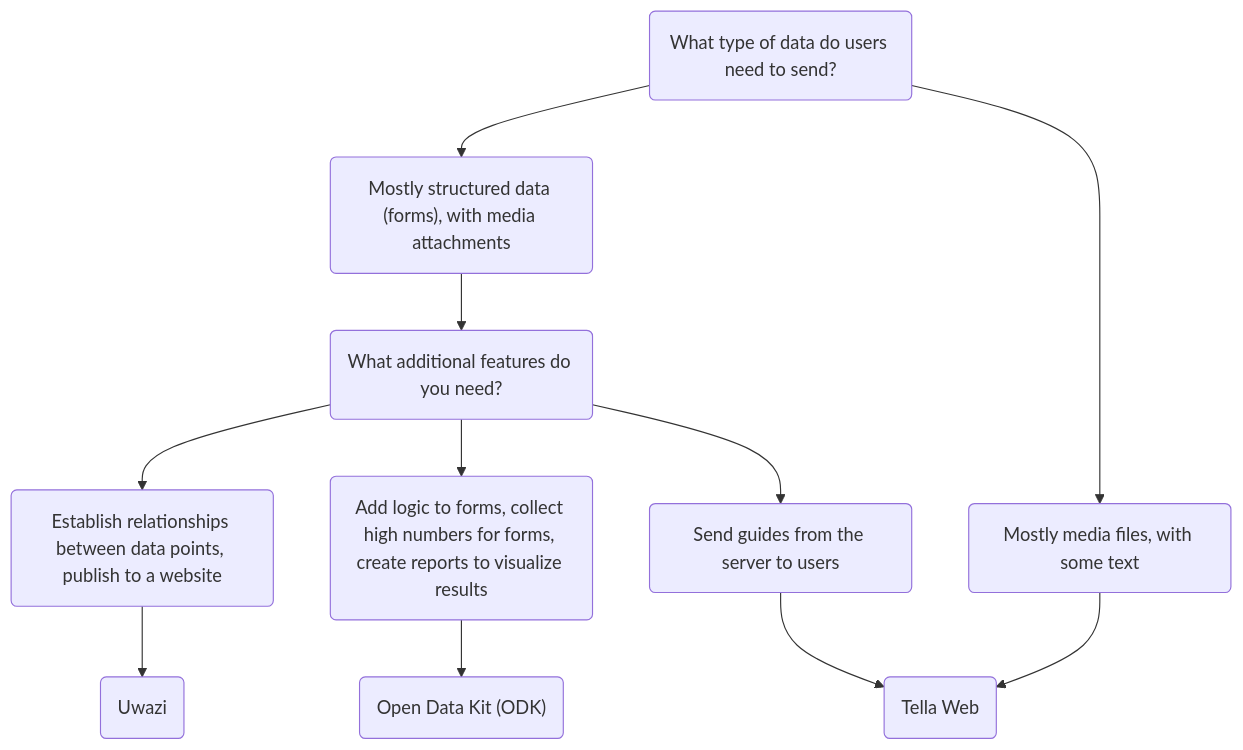
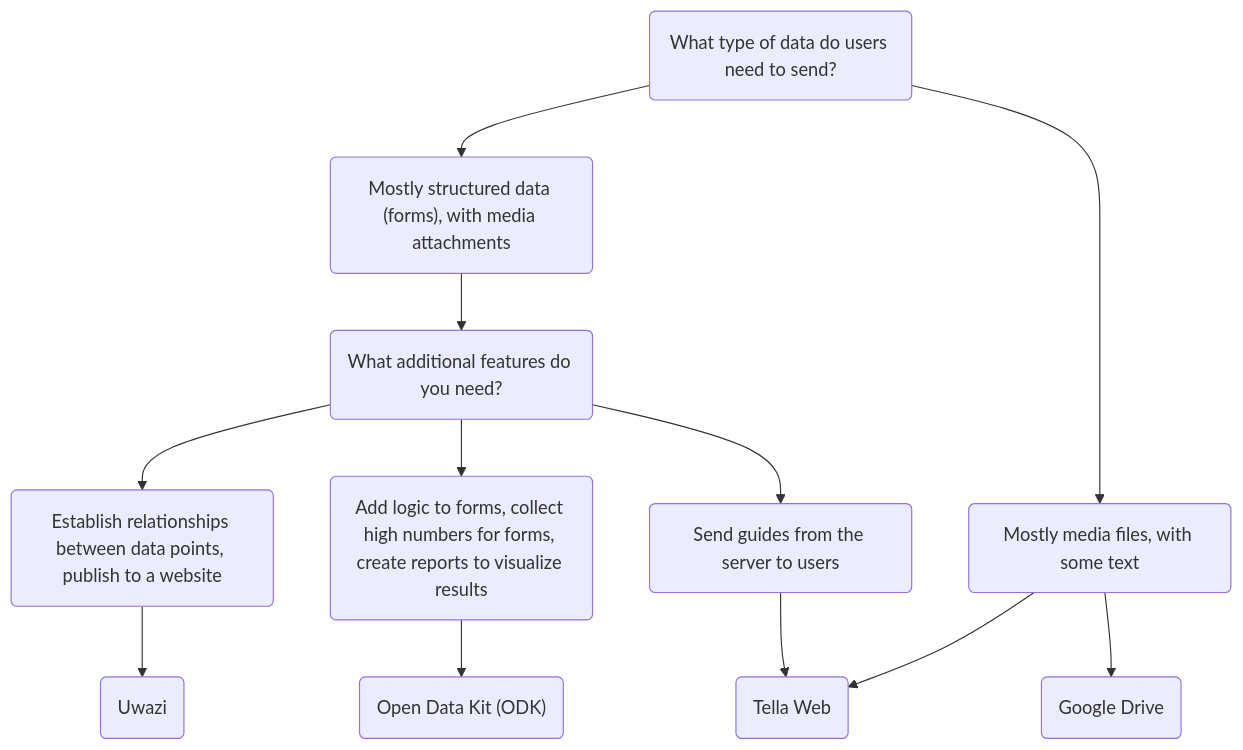
Before and after one commit to Horizontal-org/Tella-website: the diagram in docs/For organizations/overview.md, drawn with Mermaid. The commit also changed other lines of this file and 3 other files, not shown here.

Commit message:
wip for Google Drive release

````diff
--- a/docs/For organizations/overview.md
+++ b/docs/For organizations/overview.md
@@ -28,13 +29,14 @@
 ```mermaid
 graph TD;
     id1(What type of data do users need to send?) --> id2("Mostly structured data (forms), with media attachments");
     id1 --> id3("Mostly media files, with some text") ;
     id2 --> id4("What additional features do you need?");
     id3 --> id5("Tella Web");
+    id3 --> id11("Google Drive");
     id4 --> id6("Establish relationships between data points, publish to a website")
     id4 --> id7("Add logic to forms, collect high numbers for forms, create reports to visualize results")
     id4 --> id10("Send guides from the server to users")
     id6 --> id8("Uwazi")
     id7 --> id9("Open Data Kit (ODK)")
     id10 -->id5
 ```
````
